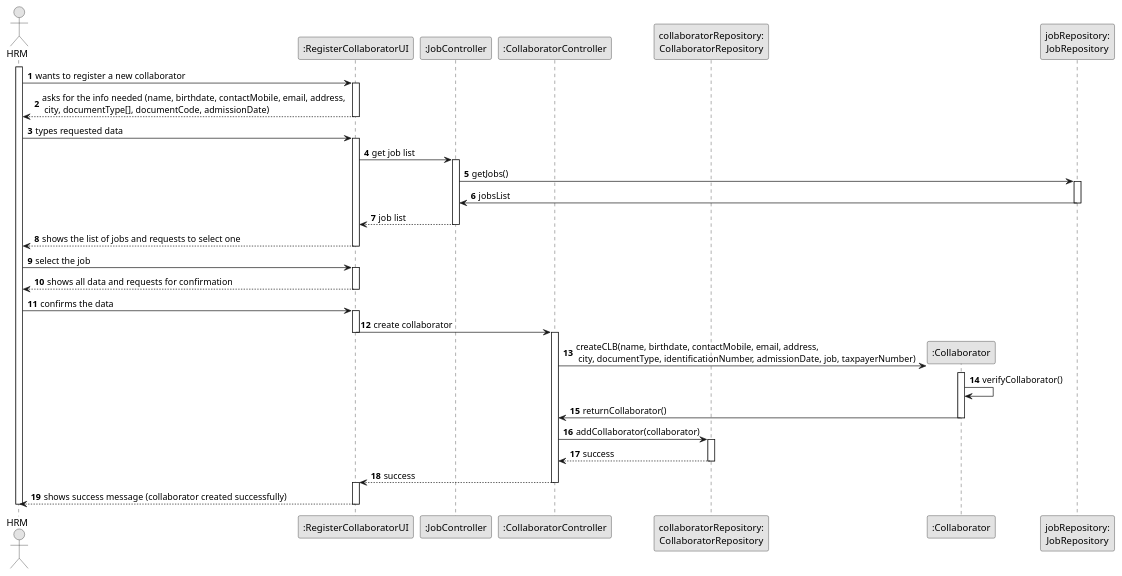
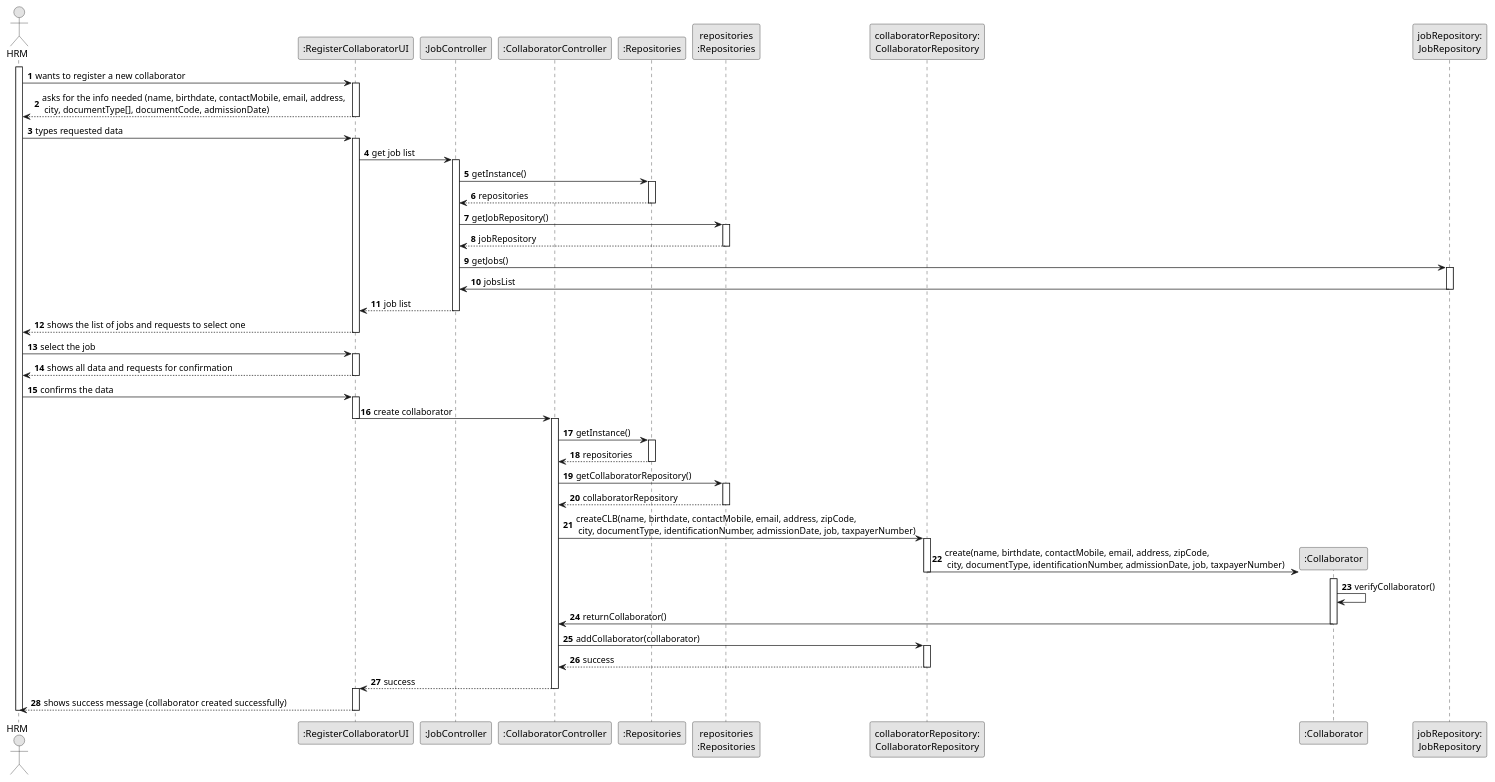
The diagram in docs/sprintB/us003/03.design/puml/us003-sequence-diagram-full.puml (RicardoMorim/lapr2-ISEP-Project), drawn with PlantUML before and after one commit.

Commit message:
Corrected design of US003 (sequence-diagram-full)

```diff
--- a/docs/sprintB/us003/03.design/puml/us003-sequence-diagram-full.puml
+++ b/docs/sprintB/us003/03.design/puml/us003-sequence-diagram-full.puml
@@ -1,90 +1,127 @@
 @startuml
 skinparam monochrome true
 skinparam packageStyle rectangle
 skinparam shadowing false
 
 autonumber
 
 actor "HRM" as HRM
 participant ":RegisterCollaboratorUI" as UI
 participant ":JobController" as JC
 participant ":CollaboratorController" as CTRL
+participant ":Repositories" as GlobRepo
+participant "repositories\n:Repositories" as PLAT
 participant "collaboratorRepository:\nCollaboratorRepository" as CLBREP
 participant ":Collaborator" as CLB
 participant "jobRepository:\nJobRepository" as jobRepository
 
 
 activate HRM
 
         HRM -> UI : wants to register a new collaborator
         activate UI
 
         UI --> HRM : asks for the info needed (name, birthdate, contactMobile, email, address, \n city, documentType[], documentCode, admissionDate)
         deactivate UI
 
         HRM -> UI : types requested data
         activate UI
 
         UI -> JC: get job list
 
 
+
+
+
         activate JC
+
+            JC -> GlobRepo : getInstance()
+            activate GlobRepo
+
+            GlobRepo --> JC : repositories
+            deactivate GlobRepo
+
+            JC -> PLAT : getJobRepository()
+            activate PLAT
+
+            PLAT -->  JC: jobRepository
+            deactivate PLAT
 
             JC -> jobRepository : getJobs()
             activate jobRepository
 
             jobRepository -> JC : jobsList
             deactivate jobRepository
 
 
             JC --> UI : job list
+
         deactivate JC
 
 
 
         UI --> HRM : shows the list of jobs and requests to select one
         deactivate UI
 
 
         HRM -> UI : select the job
         activate UI
 
         UI --> HRM: shows all data and requests for confirmation
         deactivate UI
 
         HRM -> UI: confirms the data
         activate UI
 
         UI -> CTRL : create collaborator
 
         deactivate UI
 
         activate CTRL
 
-            CTRL -> CLB** : createCLB(name, birthdate, contactMobile, email, address,\n city, documentType, identificationNumber, admissionDate, job, taxpayerNumber)
+            CTRL -> GlobRepo : getInstance()
+            activate GlobRepo
 
-                activate CLB
+            GlobRepo --> CTRL : repositories
+            deactivate GlobRepo
+
+            CTRL -> PLAT : getCollaboratorRepository()
+            activate PLAT
+
+            PLAT -->  CTRL: collaboratorRepository
+            deactivate PLAT
+
+            CTRL -> CLBREP : createCLB(name, birthdate, contactMobile, email, address, zipCode,\n city, documentType, identificationNumber, admissionDate, job, taxpayerNumber)
+
+
+            activate CLBREP
+            CLBREP->CLB** : create(name, birthdate, contactMobile, email, address, zipCode,\n city, documentType, identificationNumber, admissionDate, job, taxpayerNumber)
+
+            deactivate CLBREP
+
+
+            activate CLB
                     CLB -> CLB : verifyCollaborator()
 
                     CLB -> CTRL : returnCollaborator()
                 deactivate CLB
 
                 CTRL -> CLBREP: addCollaborator(collaborator)
 
                 activate CLBREP
 
                    CLBREP --> CTRL : success
                 deactivate CLBREP
 
                 CTRL --> UI : success
         deactivate CTRL
 
         activate UI
         UI --> HRM : shows success message (collaborator created successfully)
         deactivate UI
 
 
 deactivate HRM
 
 
 @enduml
```
